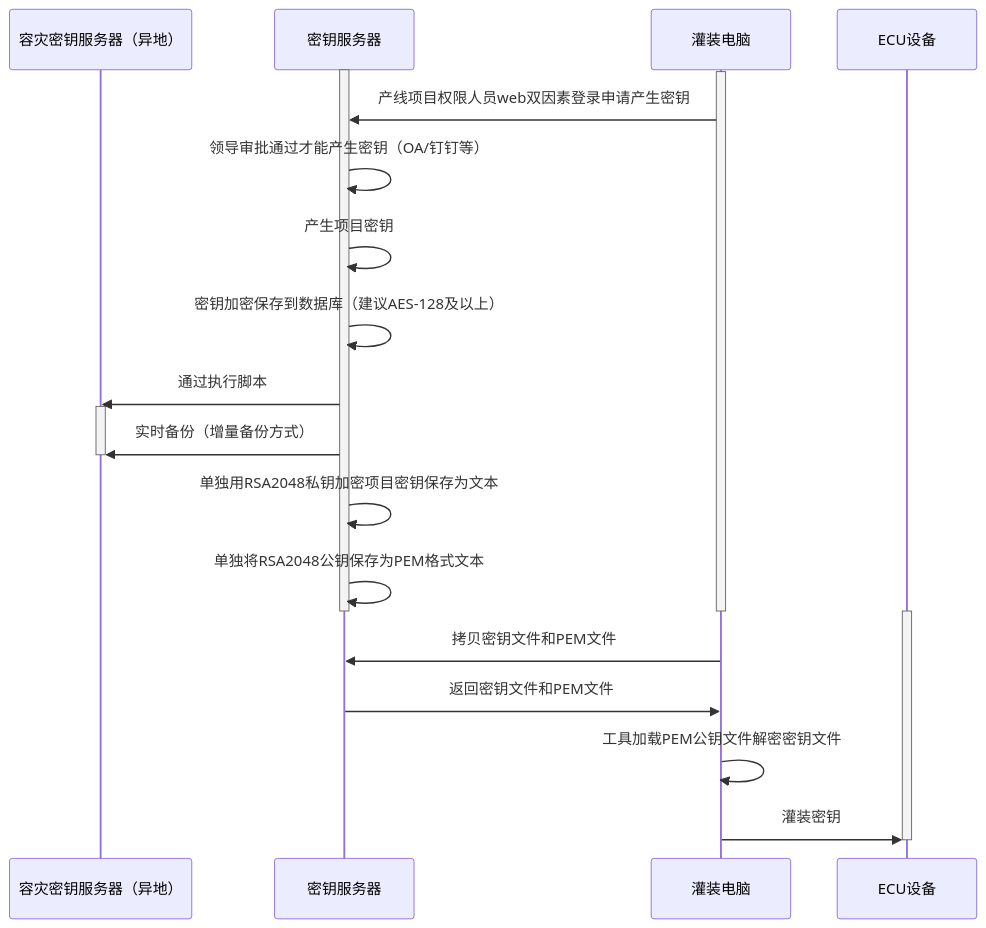
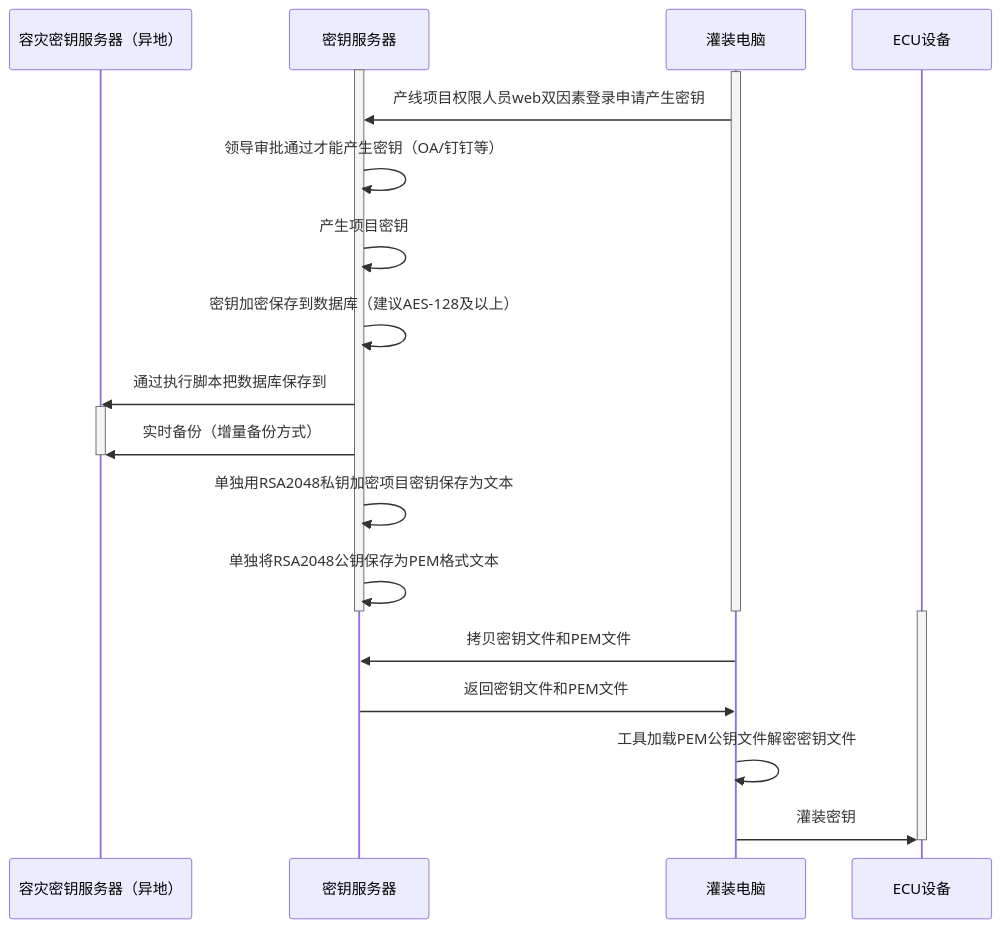
One commit to facebook-cloud/iodraw-files changed the diagram in all/未命名-15.md. Above: the diagram before and after it, drawn with Mermaid.

Commit message:
2026-02-11 19:31:43 update

````diff
--- a/all/未命名-15.md
+++ b/all/未命名-15.md
@@ -1,31 +1,31 @@
 ```mermaid
 sequenceDiagram
     participant A as 容灾密钥服务器（异地）
     participant B as 密钥服务器
     participant D as 灌装电脑
     participant E as ECU设备
 
     activate B
     activate D
     D->>B: 产线项目权限人员web双因素登录申请产生密钥
     B->>B: 领导审批通过才能产生密钥（OA/钉钉等）
     B->>B: 产生项目密钥
     B->>B: 密钥加密保存到数据库（建议AES-128及以上）
-    B->>A: 通过执行脚本
+    B->>A: 通过执行脚本把数据库保存到
 
     activate A
     B->>A: 实时备份（增量备份方式）
     deactivate A
     B->>B: 单独用RSA2048私钥加密项目密钥保存为文本
     B->>B: 单独将RSA2048公钥保存为PEM格式文本
     deactivate B
     deactivate D
 
     activate E
     D->>B: 拷贝密钥文件和PEM文件
     B->>D: 返回密钥文件和PEM文件
     D->>D:工具加载PEM公钥文件解密密钥文件
     D->>E: 灌装密钥
     deactivate E
 
 ```
````
